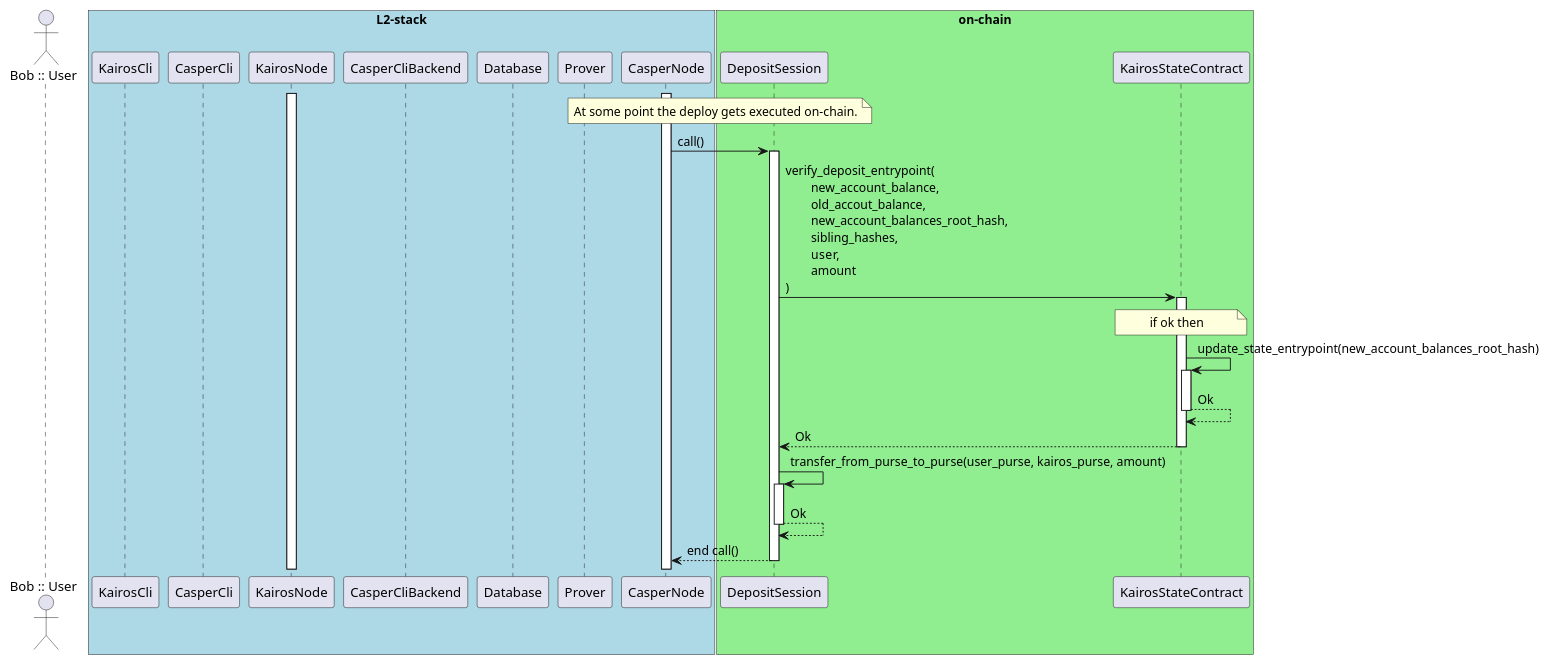
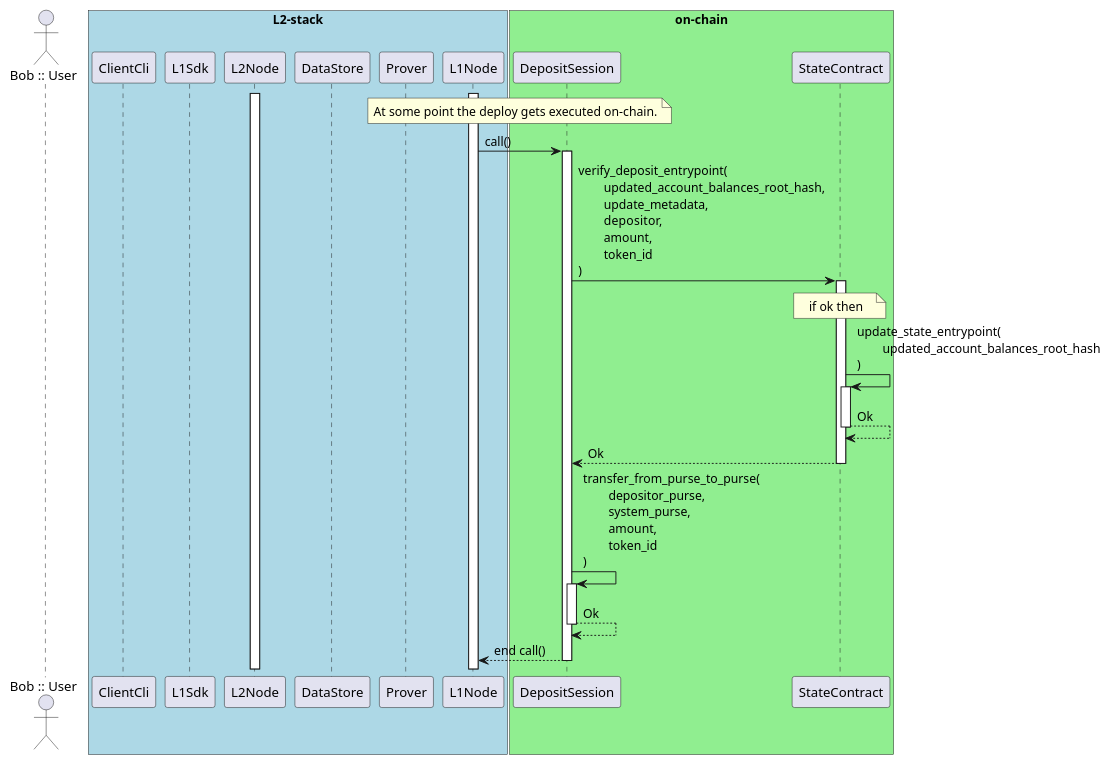
Before and after one commit to cspr-rad/kairos-spec: the diagram in diagrams/deposit_sequence_diagram_deploy_execution.puml, drawn with PlantUML. The commit also changed 6 other files, not shown here.

Commit message:
diagrams: update

```diff
--- a/diagrams/deposit_sequence_diagram_deploy_execution.puml
+++ b/diagrams/deposit_sequence_diagram_deploy_execution.puml
@@ -1,36 +1,35 @@
 @startuml
 autoactivate on
 actor "Bob :: User" as Bob
 box "L2-stack" #LightBlue
-participant KairosCli
-participant CasperCli
-participant KairosNode
-participant CasperCliBackend
-participant Database
+participant ClientCli
+participant L1Sdk
+participant L2Node
+participant DataStore
 participant Prover
-participant CasperNode
+participant L1Node
 end box
 box "on-chain" #LightGreen
 participant DepositSession
-participant KairosStateContract
+participant StateContract
 end box
 
-activate CasperNode
-activate KairosNode
+activate L1Node
+activate L2Node
 
-note over CasperNode, DepositSession
+note over L1Node, DepositSession
 At some point the deploy gets executed on-chain.
 end note
 
-CasperNode -> DepositSession: call()
-DepositSession -> KairosStateContract: verify_deposit_entrypoint(\n\tnew_account_balance,\n\told_accout_balance,\n\tnew_account_balances_root_hash,\n\tsibling_hashes,\n\tuser,\n\tamount\n)
-note over KairosStateContract, KairosStateContract
+L1Node -> DepositSession: call()
+DepositSession -> StateContract: verify_deposit_entrypoint(\n\tupdated_account_balances_root_hash,\n\tupdate_metadata,\n\tdepositor,\n\tamount,\n\ttoken_id\n)
+note over StateContract, StateContract
 if ok then
 end note
-KairosStateContract -> KairosStateContract: update_state_entrypoint(new_account_balances_root_hash)
-KairosStateContract --> KairosStateContract: Ok
-KairosStateContract --> DepositSession: Ok 
-DepositSession -> DepositSession: transfer_from_purse_to_purse(user_purse, kairos_purse, amount)
+StateContract -> StateContract: update_state_entrypoint(\n\tupdated_account_balances_root_hash\n)
+StateContract --> StateContract: Ok
+StateContract --> DepositSession: Ok 
+DepositSession -> DepositSession: transfer_from_purse_to_purse(\n\tdepositor_purse,\n\tsystem_purse,\n\tamount,\n\ttoken_id\n)
 DepositSession --> DepositSession: Ok
-DepositSession --> CasperNode: end call()
+DepositSession --> L1Node: end call()
 @enduml
```
